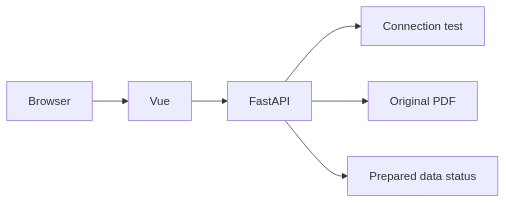
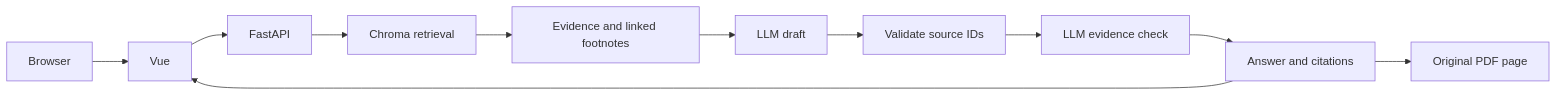
Before and after one commit to newDarwin100/InsureTutor: the diagram in README.md, drawn with Mermaid. The commit also changed other lines of this file and 16 other files, not shown here.

Commit message:
feat: add single-turn answers with PDF citations

````diff
--- a/README.md
+++ b/README.md
@@ -112,8 +114,13 @@
 ```mermaid
 flowchart LR
     U[Browser] --> V[Vue]
     V --> F[FastAPI]
-    F --> D[Connection test]
-    F --> P[Original PDF]
-    F --> S[Prepared data status]
+    F --> R[Chroma retrieval]
+    R --> E[Evidence and linked footnotes]
+    E --> L[LLM draft]
+    L --> C[Validate source IDs]
+    C --> A[LLM evidence check]
+    A --> O[Answer and citations]
+    O --> P[Original PDF page]
+    O --> V
 ```
````
